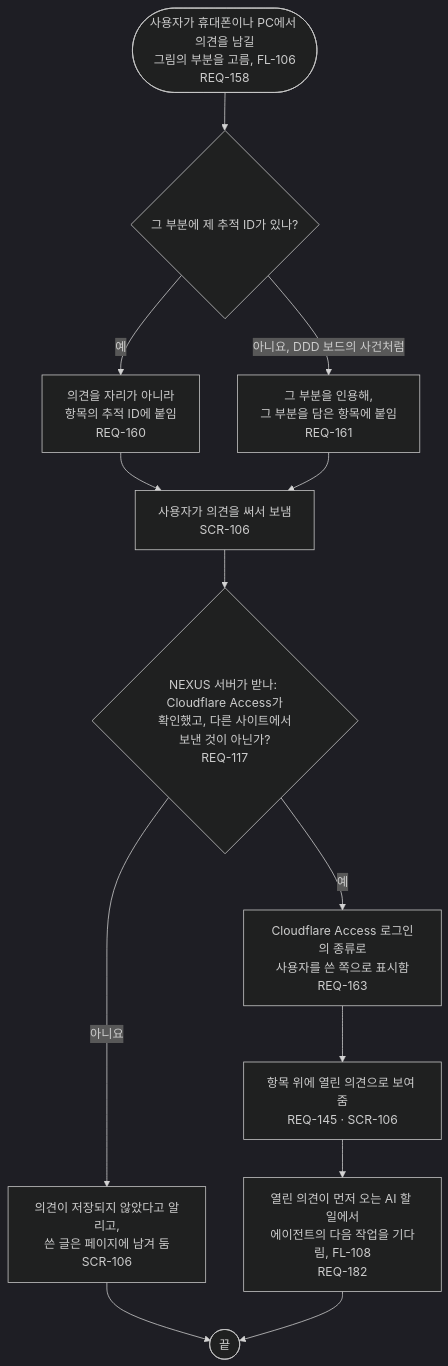
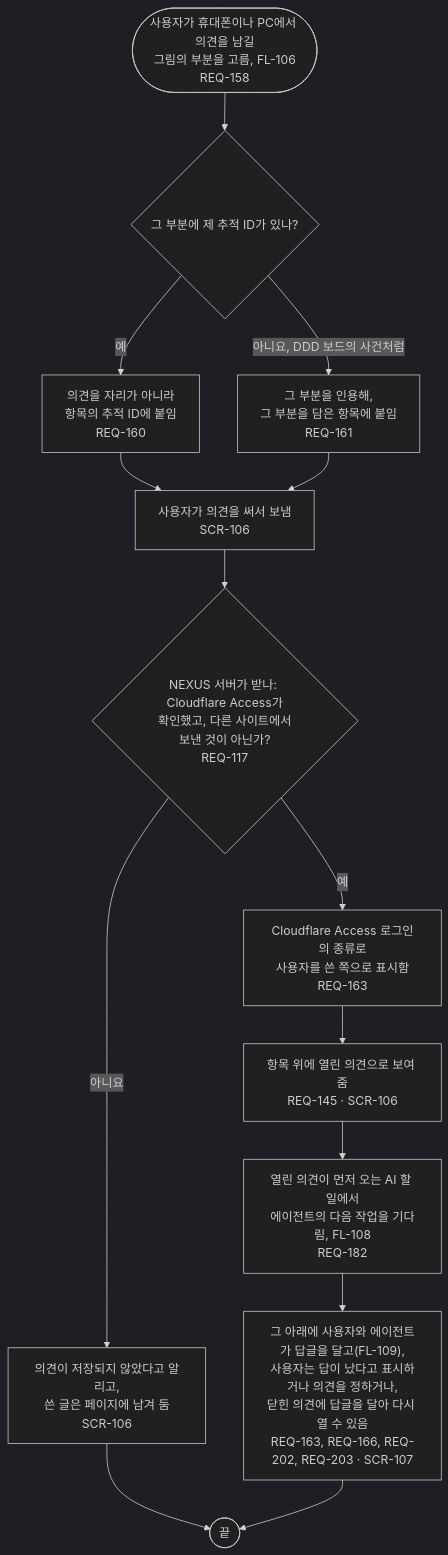
The diagram in docs/03-user-flow/nexus/FL-107-leave-a-comment.ko.md (kodonghui/corthex-nexus), drawn with Mermaid (dark theme) before and after one commit. The commit also changed other lines of this file and 33 other files, not shown here.

````diff
--- a/docs/03-user-flow/nexus/FL-107-leave-a-comment.ko.md
+++ b/docs/03-user-flow/nexus/FL-107-leave-a-comment.ko.md
@@ -9,15 +9,16 @@
 ```mermaid
 flowchart TD
   A(["사용자가 휴대폰이나 PC에서 의견을 남길<br/>그림의 부분을 고름, FL-106<br/>REQ-158"]) --> B{"그 부분에 제 추적 ID가 있나?"}
   B -->|예| C["의견을 자리가 아니라<br/>항목의 추적 ID에 붙임<br/>REQ-160"]
   B -->|아니요, DDD 보드의 사건처럼| D["그 부분을 인용해,<br/>그 부분을 담은 항목에 붙임<br/>REQ-161"]
   C --> E["사용자가 의견을 써서 보냄<br/>SCR-106"]
   D --> E
   E --> F{"NEXUS 서버가 받나: Cloudflare Access가<br/>확인했고, 다른 사이트에서<br/>보낸 것이 아닌가?<br/>REQ-117"}
   F -->|아니요| F1["의견이 저장되지 않았다고 알리고,<br/>쓴 글은 페이지에 남겨 둠<br/>SCR-106"]
   F1 --> Z(["끝"])
   F -->|예| G["Cloudflare Access 로그인의 종류로<br/>사용자를 쓴 쪽으로 표시함<br/>REQ-163"]
   G --> H["항목 위에 열린 의견으로 보여 줌<br/>REQ-145 · SCR-106"]
   H --> I["열린 의견이 먼저 오는 AI 할 일에서<br/>에이전트의 다음 작업을 기다림, FL-108<br/>REQ-182"]
-  I --> Z
+  I --> J["그 아래에 사용자와 에이전트가 답글을 달고(FL-109),<br/>사용자는 답이 났다고 표시하거나 의견을 정하거나,<br/>닫힌 의견에 답글을 달아 다시 열 수 있음<br/>REQ-163, REQ-166, REQ-202, REQ-203 · SCR-107"]
+  J --> Z
 ```
````
